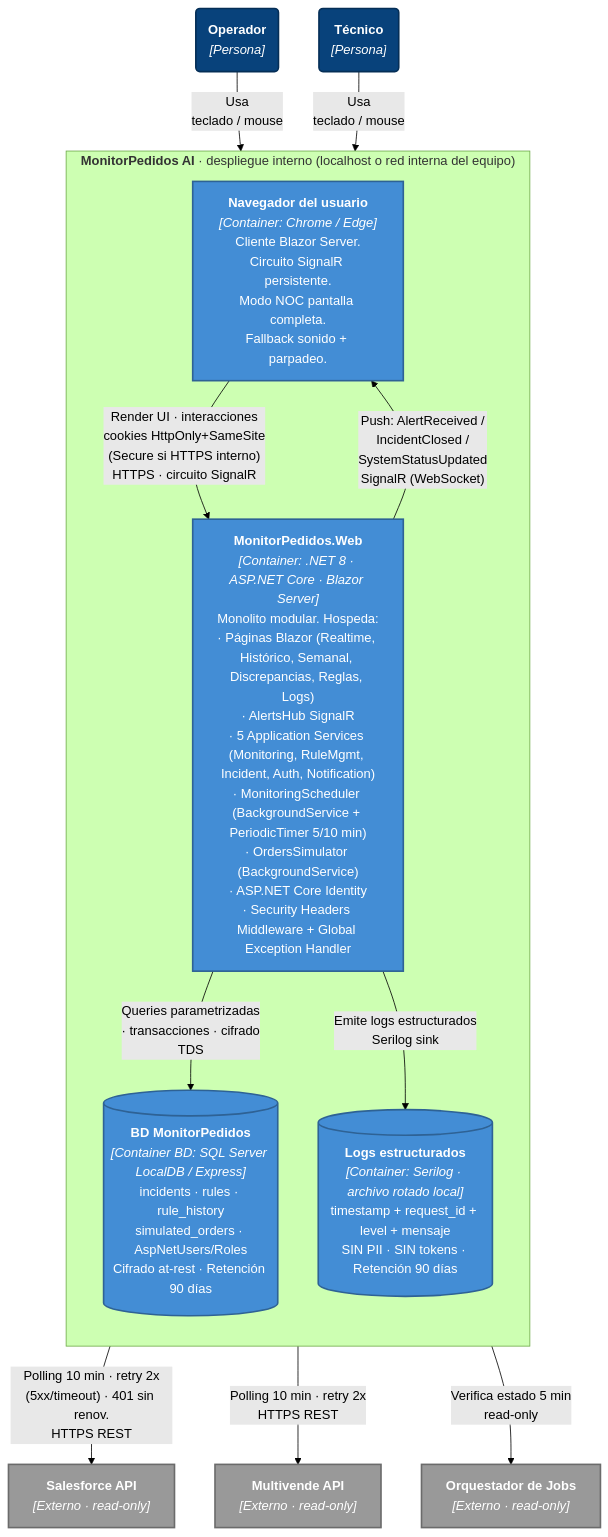
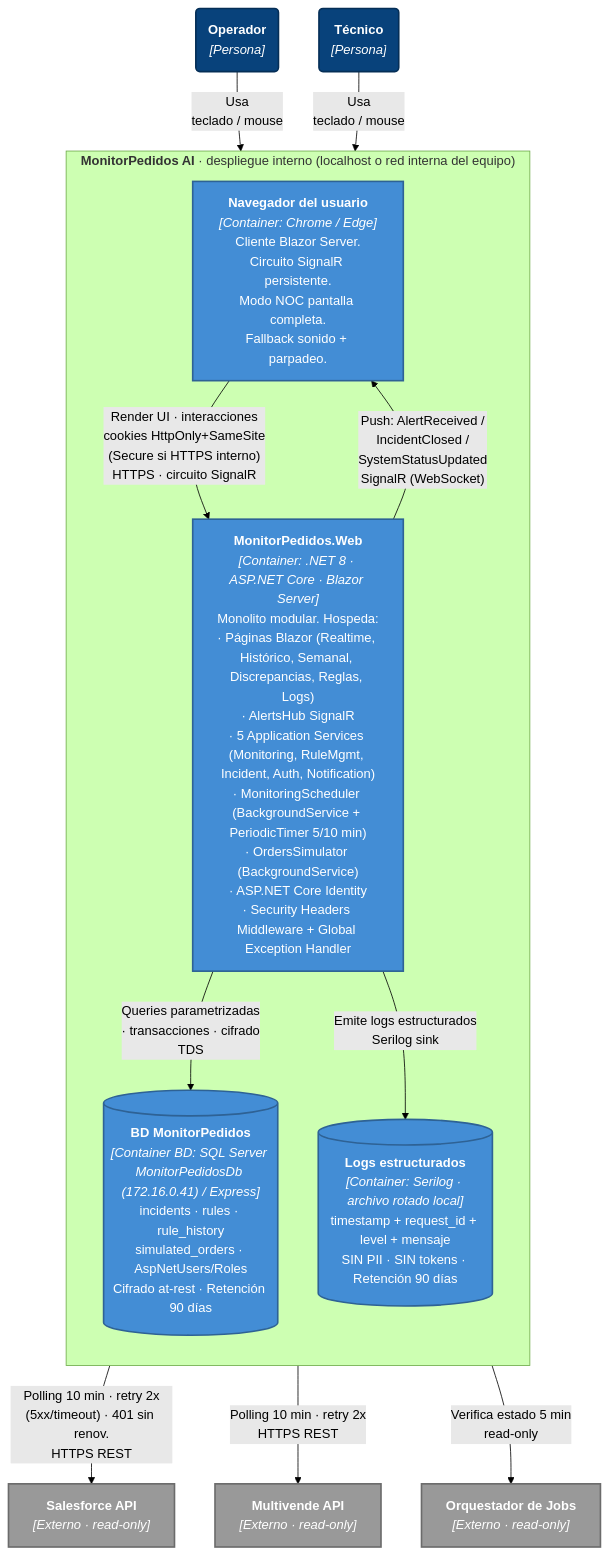
Before and after one commit to DianiCastellanos/monitor-pedidos-ai-dlc: the second of 2 diagrams in aidlc-docs/inception/application-design/c4-model.md, drawn with Mermaid (forest theme). The commit also changed other lines of this file and 58 other files, not shown here.

First line of the commit message:
fix+docs: BD correcta MonitorPedidosDb (172.16.0.41) + UI Brand Monitor

````diff
--- a/aidlc-docs/inception/application-design/c4-model.md
+++ b/aidlc-docs/inception/application-design/c4-model.md
@@ -94,38 +94,38 @@
 ```mermaid
 flowchart TB
     classDef person fill:#08427B,stroke:#052E56,color:#ffffff,stroke-width:2px
     classDef container fill:#438DD5,stroke:#2E6295,color:#ffffff,stroke-width:2px
     classDef ext fill:#999999,stroke:#6B6B6B,color:#ffffff,stroke-width:2px
 
     op("<b>Operador</b><br/><i>[Persona]</i>"):::person
     tec("<b>Técnico</b><br/><i>[Persona]</i>"):::person
 
     subgraph boundary["<b>MonitorPedidos AI</b> · despliegue interno (localhost o red interna del equipo)"]
         direction TB
 
         browser["<b>Navegador del usuario</b><br/><i>[Container: Chrome / Edge]</i><br/>Cliente Blazor Server.<br/>Circuito SignalR persistente.<br/>Modo NOC pantalla completa.<br/>Fallback sonido + parpadeo."]:::container
 
         web["<b>MonitorPedidos.Web</b><br/><i>[Container: .NET 8 · ASP.NET Core · Blazor Server]</i><br/>Monolito modular. Hospeda:<br/>· Páginas Blazor (Realtime, Histórico, Semanal, Discrepancias, Reglas, Logs)<br/>· AlertsHub SignalR<br/>· 5 Application Services (Monitoring, RuleMgmt, Incident, Auth, Notification)<br/>· MonitoringScheduler (BackgroundService + PeriodicTimer 5/10 min)<br/>· OrdersSimulator (BackgroundService)<br/>· ASP.NET Core Identity<br/>· Security Headers Middleware + Global Exception Handler"]:::container
 
-        db[("<b>BD MonitorPedidos</b><br/><i>[Container BD: SQL Server LocalDB / Express]</i><br/>incidents · rules · rule_history<br/>simulated_orders · AspNetUsers/Roles<br/>Cifrado at-rest · Retención 90 días")]:::container
+        db[("<b>BD MonitorPedidos</b><br/><i>[Container BD: SQL Server MonitorPedidosDb (172.16.0.41) / Express]</i><br/>incidents · rules · rule_history<br/>simulated_orders · AspNetUsers/Roles<br/>Cifrado at-rest · Retención 90 días")]:::container
 
         logs[("<b>Logs estructurados</b><br/><i>[Container: Serilog · archivo rotado local]</i><br/>timestamp + request_id + level + mensaje<br/>SIN PII · SIN tokens · Retención 90 días")]:::container
     end
 
     sf["<b>Salesforce API</b><br/><i>[Externo · read-only]</i>"]:::ext
     mv["<b>Multivende API</b><br/><i>[Externo · read-only]</i>"]:::ext
     jobs["<b>Orquestador de Jobs</b><br/><i>[Externo · read-only]</i>"]:::ext
 
     op -->|"Usa<br/>teclado / mouse"| browser
     tec -->|"Usa<br/>teclado / mouse"| browser
 
     browser -->|"Render UI · interacciones<br/>cookies HttpOnly+SameSite<br/>(Secure si HTTPS interno)<br/>HTTPS · circuito SignalR"| web
     web -->|"Push: AlertReceived /<br/>IncidentClosed /<br/>SystemStatusUpdated<br/>SignalR (WebSocket)"| browser
 
     web -->|"Queries parametrizadas<br/>· transacciones · cifrado<br/>TDS"| db
     web -->|"Emite logs estructurados<br/>Serilog sink"| logs
 
     web -->|"Polling 10 min · retry 2x<br/>(5xx/timeout) · 401 sin renov.<br/>HTTPS REST"| sf
     web -->|"Polling 10 min · retry 2x<br/>HTTPS REST"| mv
     web -->|"Verifica estado 5 min<br/>read-only"| jobs
 ```
````
